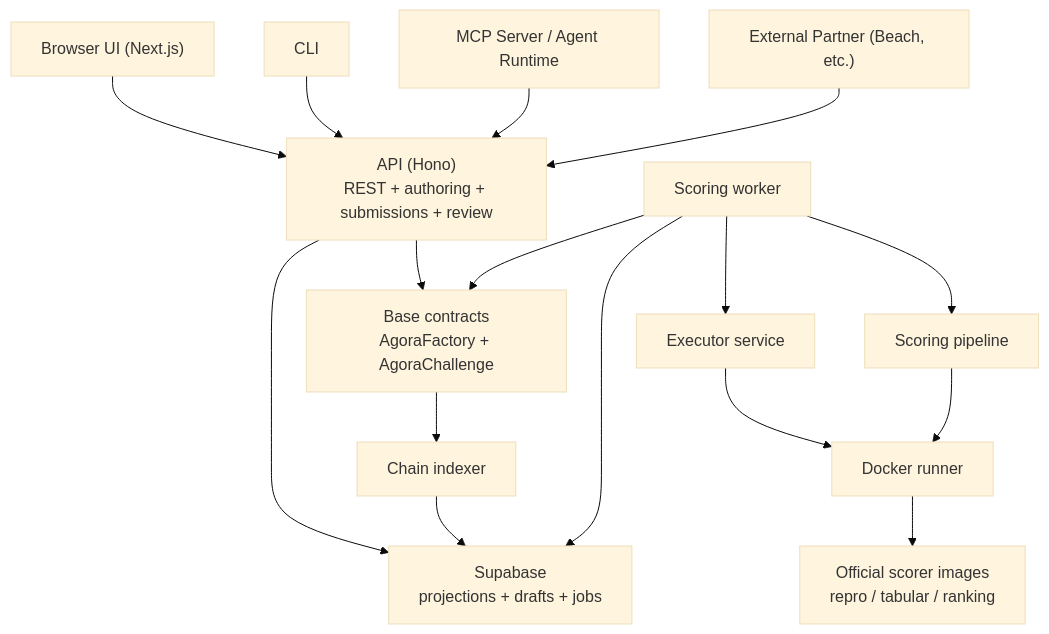
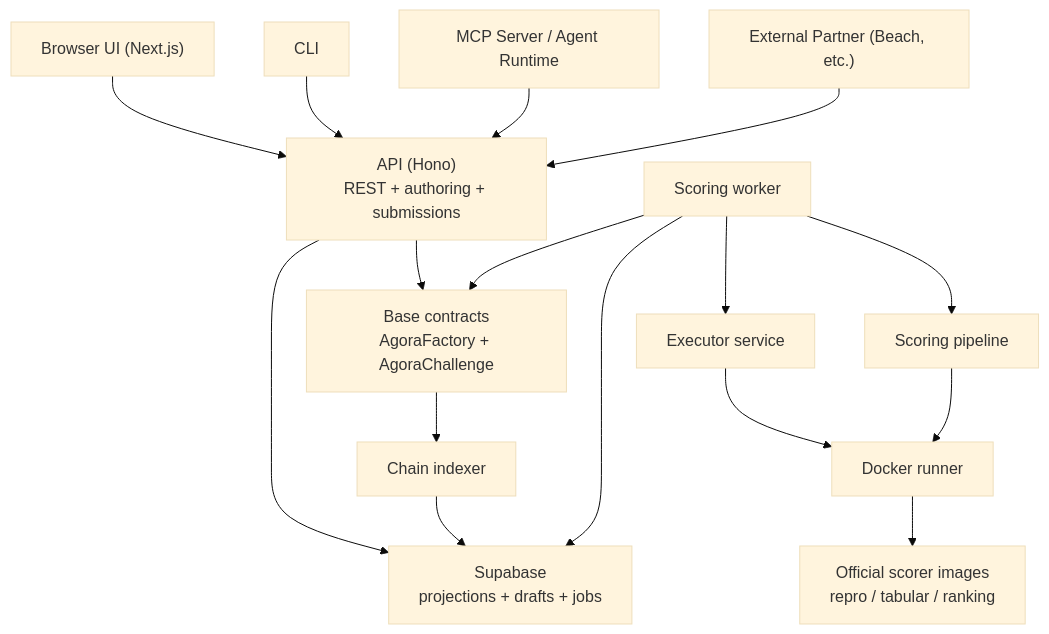
The eighth of 9 diagrams in docs/system-anatomy.md (andymolecule/Agora), drawn with Mermaid (base theme) before and after one commit. The commit also changed other lines of this file and 81 other files, not shown here.

````diff
--- a/docs/system-anatomy.md
+++ b/docs/system-anatomy.md
@@ -1225,37 +1154,37 @@
 ```mermaid
 flowchart TD
     Browser["Browser UI (Next.js)"]
     CLI["CLI"]
     MCP["MCP Server / Agent Runtime"]
     Partner["External Partner (Beach, etc.)"]
 
-    API["API (Hono)\nREST + authoring + submissions + review"]
+    API["API (Hono)\nREST + authoring + submissions"]
     DB["Supabase\nprojections + drafts + jobs"]
     Chain["Base contracts\nAgoraFactory + AgoraChallenge"]
     Indexer["Chain indexer"]
     Worker["Scoring worker"]
     Executor["Executor service"]
     Pipeline["Scoring pipeline"]
     Runner["Docker runner"]
     Scorers["Official scorer images\nrepro / tabular / ranking"]
 
     Browser --> API
     CLI --> API
     MCP --> API
     Partner --> API
 
     API --> DB
     API --> Chain
 
     Chain --> Indexer
     Indexer --> DB
 
     Worker --> DB
     Worker --> Chain
     Worker --> Pipeline
     Worker --> Executor
 
     Executor --> Runner
     Pipeline --> Runner
     Runner --> Scorers
 ```
````
